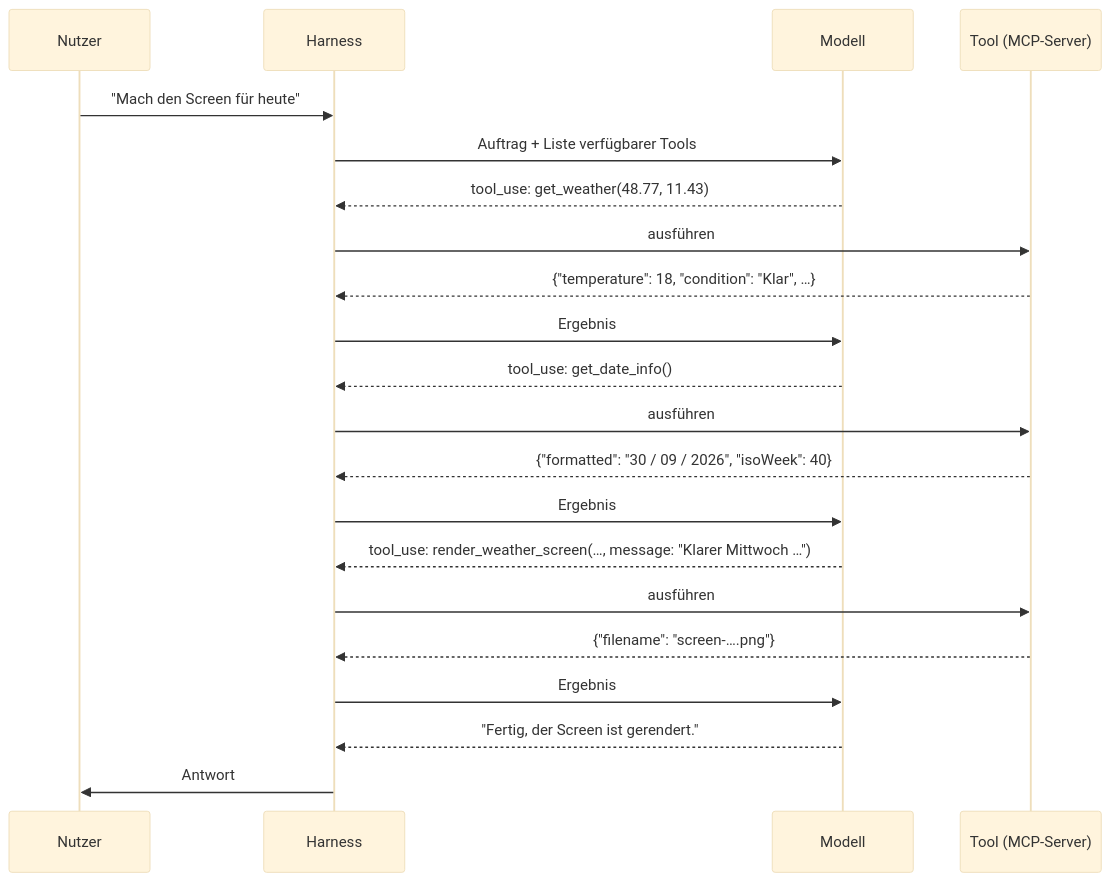
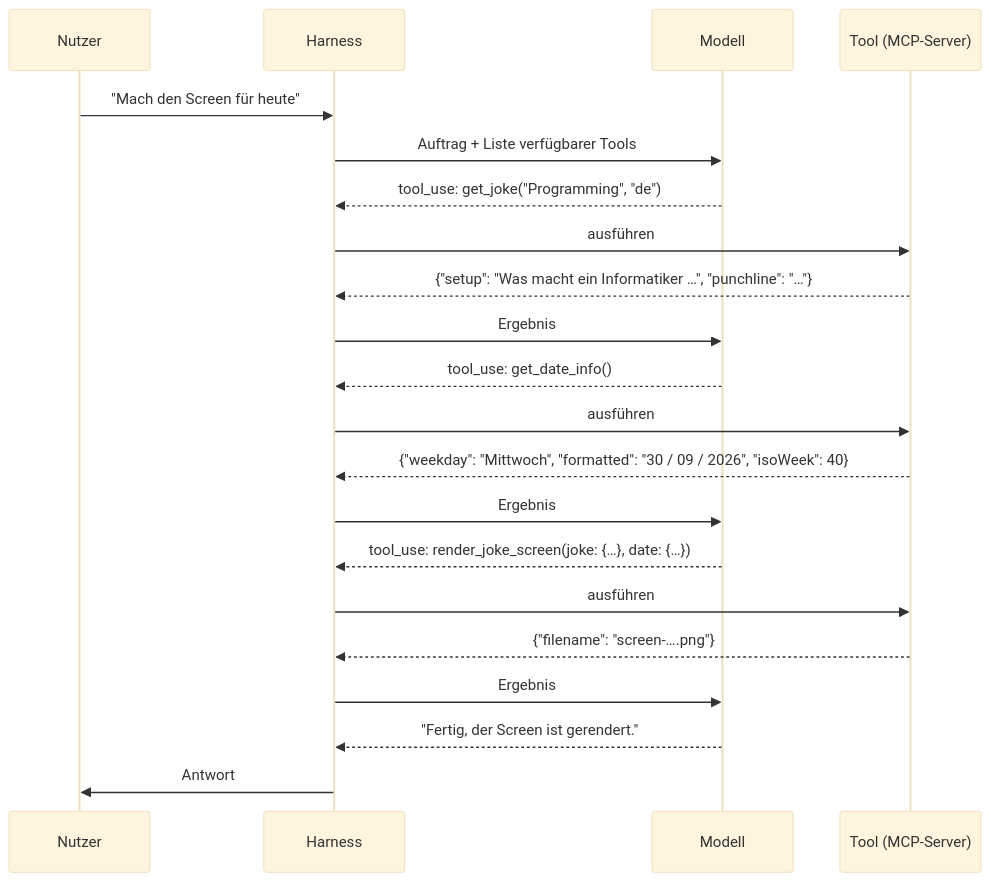
One commit to Stiriacus/TRMNL-MCP changed the diagram in docs-guide/01-bausteine.md. Above: the diagram before and after it, drawn with Mermaid (base theme). The commit also changed other lines of this file and 10 other files, not shown here.

````diff
--- a/docs-guide/01-bausteine.md
+++ b/docs-guide/01-bausteine.md
@@ -26,23 +26,23 @@
 ```mermaid
 sequenceDiagram
     participant U as Nutzer
     participant H as Harness
     participant M as Modell
     participant T as Tool (MCP-Server)
     U->>H: "Mach den Screen für heute"
     H->>M: Auftrag + Liste verfügbarer Tools
-    M-->>H: tool_use: get_weather(48.77, 11.43)
+    M-->>H: tool_use: get_joke("Programming", "de")
     H->>T: ausführen
-    T-->>H: {"temperature": 18, "condition": "Klar", …}
+    T-->>H: {"setup": "Was macht ein Informatiker …", "punchline": "…"}
     H->>M: Ergebnis
     M-->>H: tool_use: get_date_info()
     H->>T: ausführen
-    T-->>H: {"formatted": "30 / 09 / 2026", "isoWeek": 40}
+    T-->>H: {"weekday": "Mittwoch", "formatted": "30 / 09 / 2026", "isoWeek": 40}
     H->>M: Ergebnis
-    M-->>H: tool_use: render_weather_screen(…, message: "Klarer Mittwoch …")
+    M-->>H: tool_use: render_joke_screen(joke: {…}, date: {…})
     H->>T: ausführen
     T-->>H: {"filename": "screen-….png"}
     H->>M: Ergebnis
     M-->>H: "Fertig, der Screen ist gerendert."
     H->>U: Antwort
 ```
````
